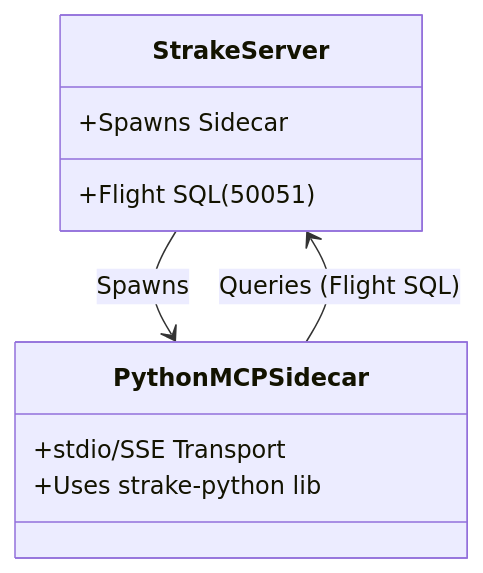
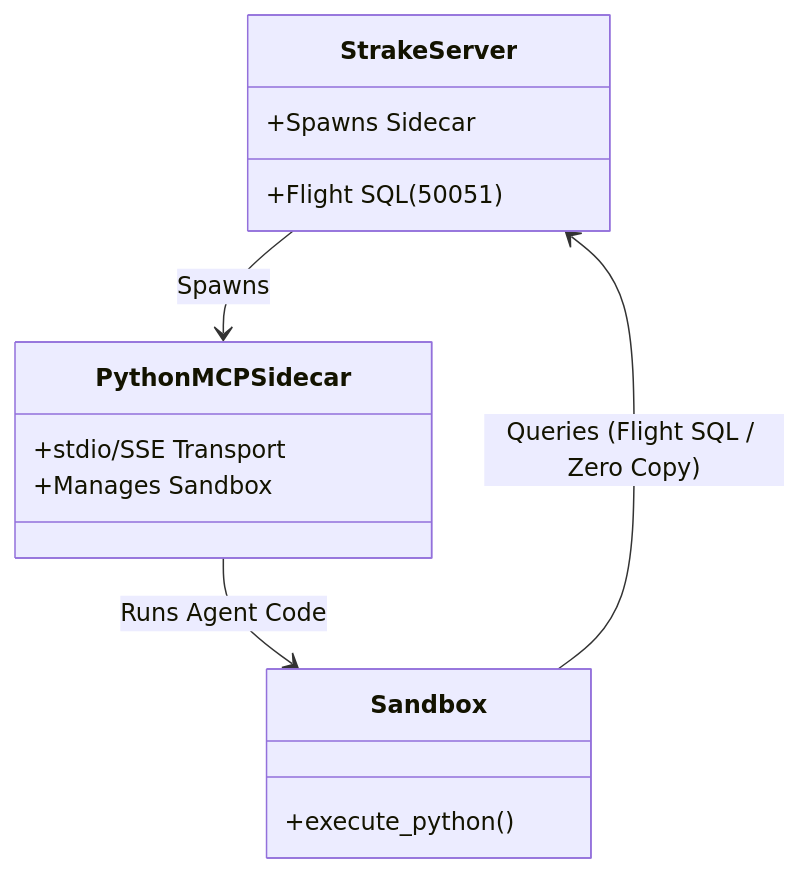
Before and after one commit to strake-data/strake: the diagram in docs/mcp_manual.md, drawn with Mermaid. The commit also changed other lines of this file and 11 other files, not shown here.

````diff
--- a/docs/mcp_manual.md
+++ b/docs/mcp_manual.md
@@ -9,13 +11,17 @@
 ```mermaid
 classDiagram
     class StrakeServer {
         +Flight SQL (50051)
         +Spawns Sidecar
     }
     class PythonMCPSidecar {
         +stdio/SSE Transport
-        +Uses strake-python lib
+        +Manages Sandbox
+    }
+    class Sandbox {
+        +execute_python()
     }
     StrakeServer --> PythonMCPSidecar : Spawns
-    PythonMCPSidecar --> StrakeServer : Queries (Flight SQL)
+    PythonMCPSidecar --> Sandbox : Runs Agent Code
+    Sandbox --> StrakeServer : Queries (Flight SQL / Zero Copy)
 ```
````
